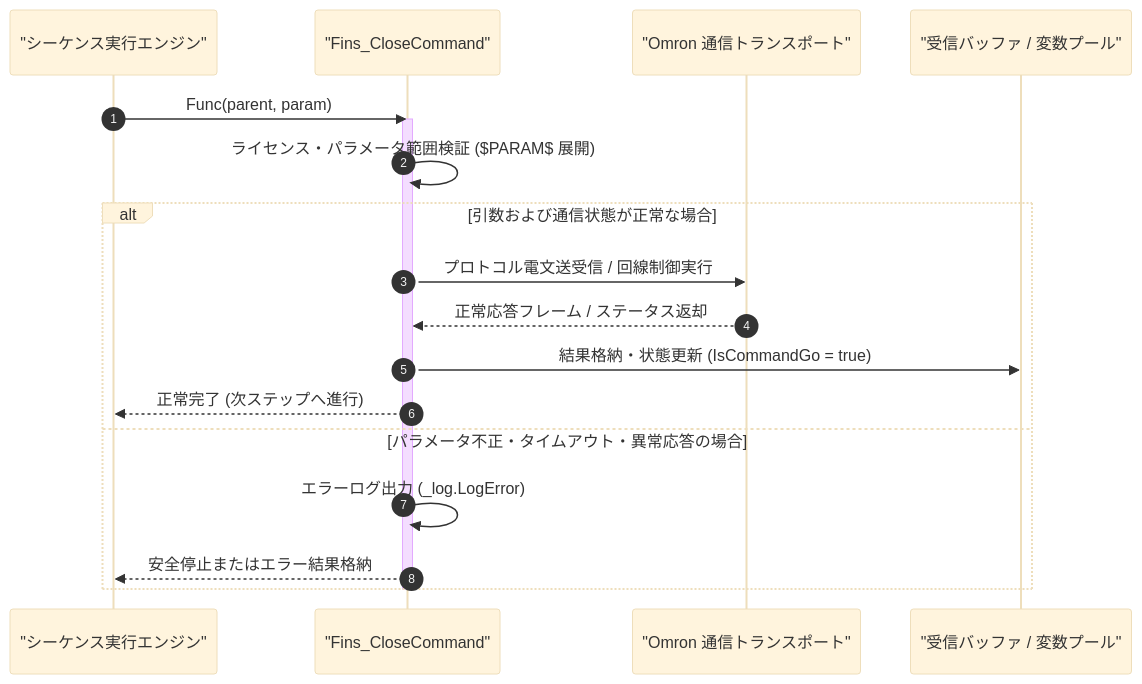
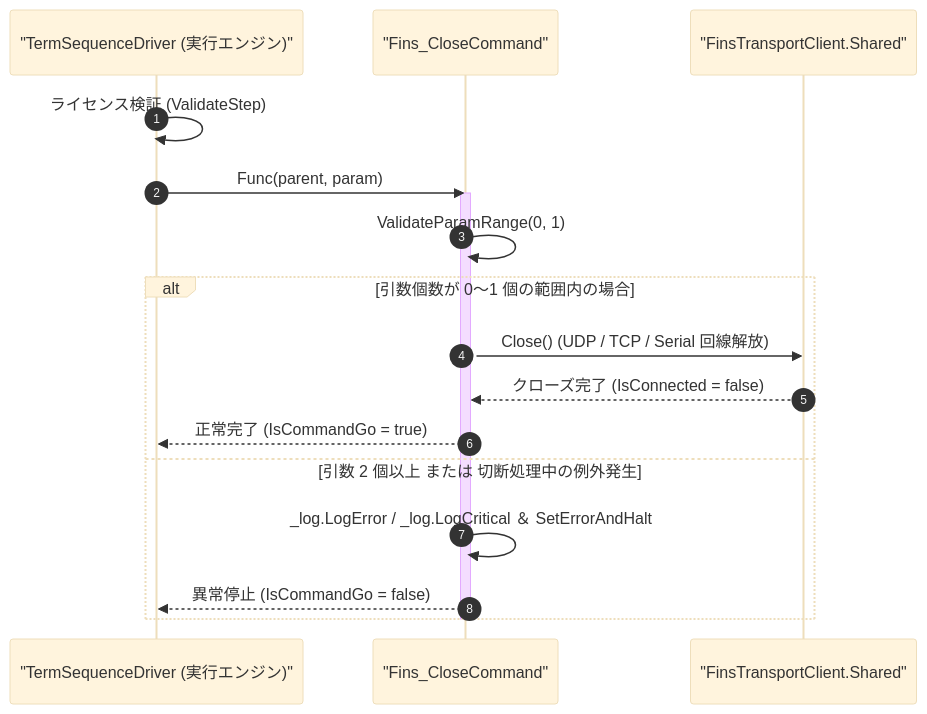
Before and after one commit to Monaca-App/TermAddIn: the diagram in Manual/Omron/Fins_Close.Md, drawn with Mermaid (base theme). The commit also changed other lines of this file and 157 other files, not shown here.

````diff
--- a/Manual/Omron/Fins_Close.Md
+++ b/Manual/Omron/Fins_Close.Md
@@ -62,22 +71,21 @@
 ```mermaid
 sequenceDiagram
     autonumber
-    participant Script as "シーケンス実行エンジン"
+    participant Driver as "TermSequenceDriver (実行エンジン)"
     participant Cmd as "Fins_CloseCommand"
-    participant Trans as "Omron 通信トランスポート"
-    participant Buf as "受信バッファ / 変数プール"
+    participant Trans as "FinsTransportClient.Shared"
 
-    Script->>Cmd: Func(parent, param)
+    Driver->>Driver: ライセンス検証 (ValidateStep)
+    Driver->>Cmd: Func(parent, param)
     activate Cmd
-    Cmd->>Cmd: ライセンス・パラメータ範囲検証 ($PARAM$ 展開)
-    alt 引数および通信状態が正常な場合
-        Cmd->>Trans: プロトコル電文送受信 / 回線制御実行
-        Trans-->>Cmd: 正常応答フレーム / ステータス返却
-        Cmd->>Buf: 結果格納・状態更新 (IsCommandGo = true)
-        Cmd-->>Script: 正常完了 (次ステップへ進行)
-    else パラメータ不正・タイムアウト・異常応答の場合
-        Cmd->>Cmd: エラーログ出力 (_log.LogError)
-        Cmd-->>Script: 安全停止またはエラー結果格納
+    Cmd->>Cmd: ValidateParamRange(0, 1)
+    alt 引数個数が 0〜1 個の範囲内の場合
+        Cmd->>Trans: Close() (UDP / TCP / Serial 回線解放)
+        Trans-->>Cmd: クローズ完了 (IsConnected = false)
+        Cmd-->>Driver: 正常完了 (IsCommandGo = true)
+    else 引数 2 個以上 または 切断処理中の例外発生
+        Cmd->>Cmd: _log.LogError / _log.LogCritical ＆ SetErrorAndHalt
+        Cmd-->>Driver: 異常停止 (IsCommandGo = false)
     end
     deactivate Cmd
 ```
````
